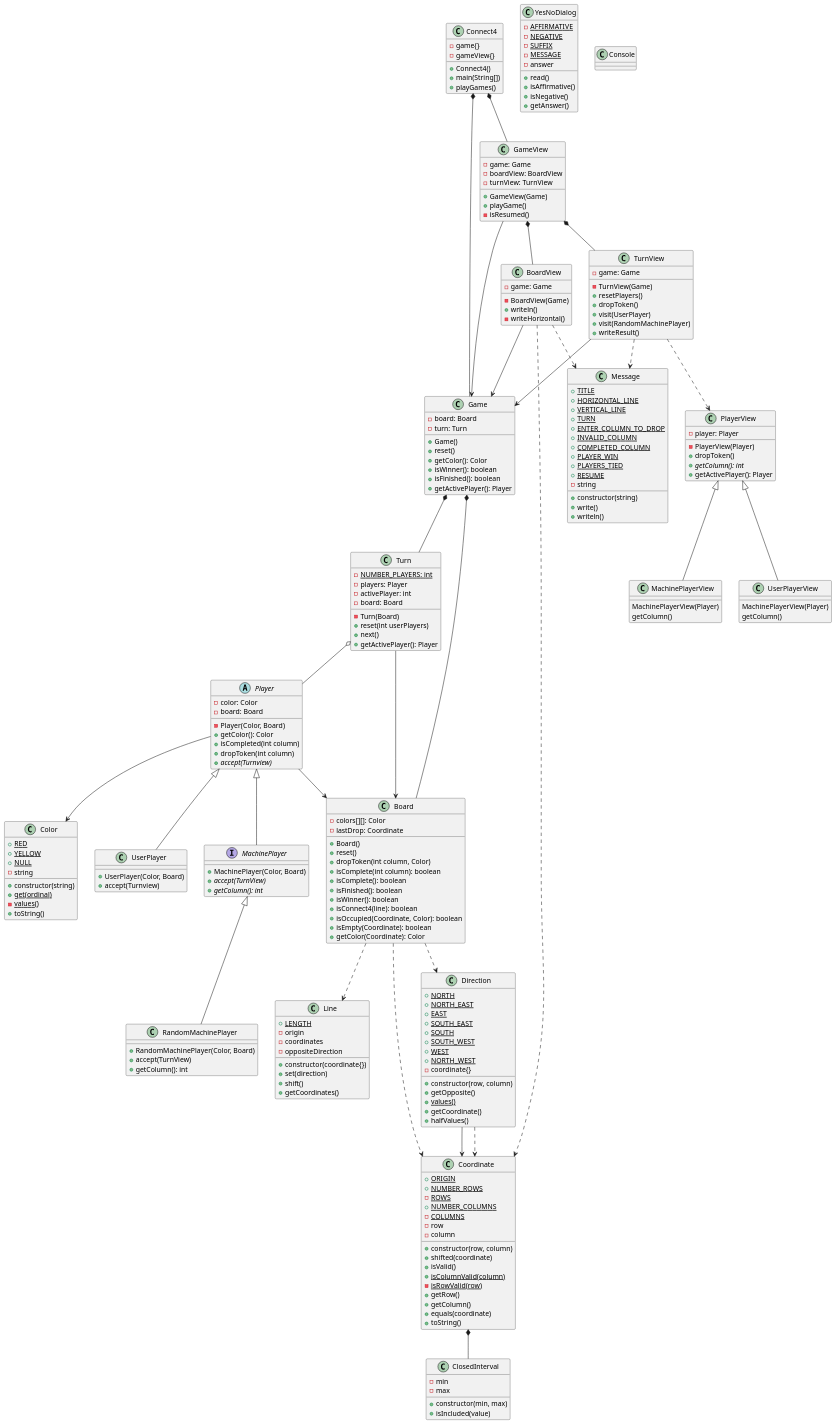
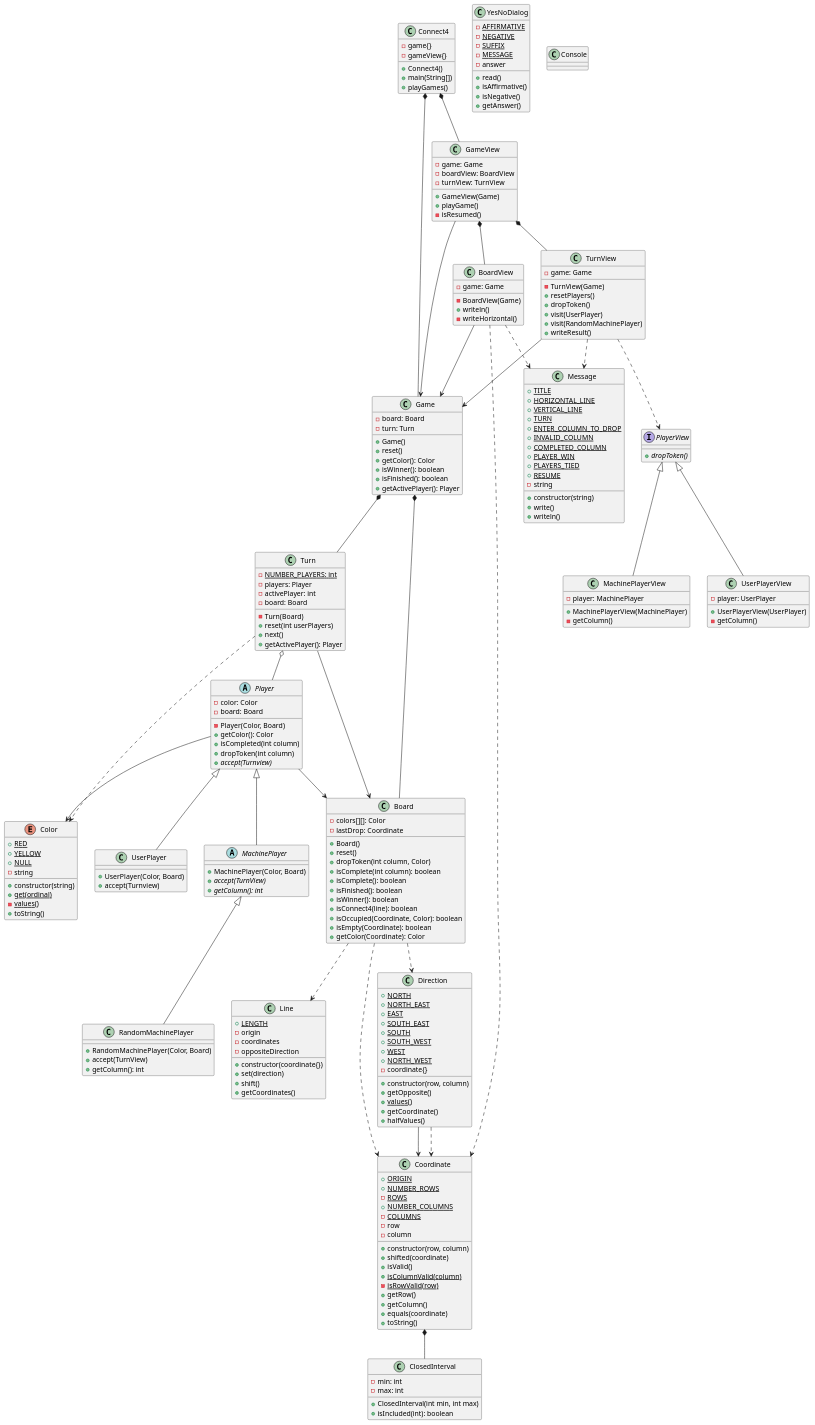
One commit to js-rom/connect4 changed the diagram in connect4/Docs/diagrams/src/classDiagram.plantuml. Above: the diagram before and after it, drawn with PlantUML. The commit also changed 25 other files, not shown here.

```diff
--- a/connect4/Docs/diagrams/src/classDiagram.plantuml
+++ b/connect4/Docs/diagrams/src/classDiagram.plantuml
@@ -5,11 +5,11 @@
 class GameView
 class BoardView
 class TurnView
-class PlayerView
+interface PlayerView
 class MachinePlayerView
 class UserPlayerView
 class ClosedInterval
-class Color
+enum Color
 class Coordinate
 class Direction
 class Message
@@ -17,7 +17,7 @@
 class Board
 abstract class Player
 class UserPlayer
-Interface MachinePlayer
+abstract class MachinePlayer
 class RandomMachinePlayer 
 class Turn
 class YesNoDialog
@@ -41,6 +41,7 @@
 
 Turn --> Board
 Turn o-- Player
+Turn ..> Color
 Player --> Color
 Player --> Board
 Player <|-- UserPlayer
@@ -79,17 +80,15 @@
 BoardView : +writeln()
 BoardView : -writeHorizontal()
 
-PlayerView : -player: Player
-PlayerView : -PlayerView(Player)
-PlayerView : +dropToken()
-PlayerView : +{abstract} getColumn(): int
-PlayerView : +getActivePlayer(): Player
+PlayerView : +{abstract}dropToken()
 
-MachinePlayerView : MachinePlayerView(Player)
-MachinePlayerView : getColumn()
+MachinePlayerView : -player: MachinePlayer
+MachinePlayerView : +MachinePlayerView(MachinePlayer)
+MachinePlayerView : -getColumn()
 
-UserPlayerView : MachinePlayerView(Player)
-UserPlayerView : getColumn()
+UserPlayerView : -player: UserPlayer
+UserPlayerView : +UserPlayerView(UserPlayer)
+UserPlayerView : -getColumn()
 
 Game : -board: Board
 Game : -turn: Turn
@@ -211,10 +210,10 @@
 Color : {static} -values()
 Color : +toString()
 
-ClosedInterval : -min
-ClosedInterval : -max
-ClosedInterval : +constructor(min, max)
-ClosedInterval : +isIncluded(value)
+ClosedInterval : -min: int
+ClosedInterval : -max: int
+ClosedInterval : +ClosedInterval(int min, int max)
+ClosedInterval : +isIncluded(int): boolean
 
 YesNoDialog : {static} -AFFIRMATIVE
 YesNoDialog : {static} -NEGATIVE
```
